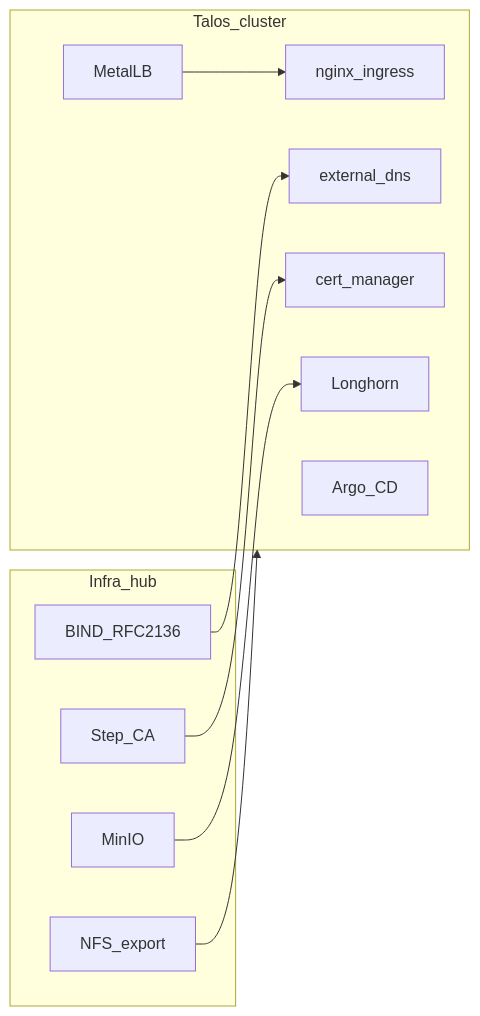
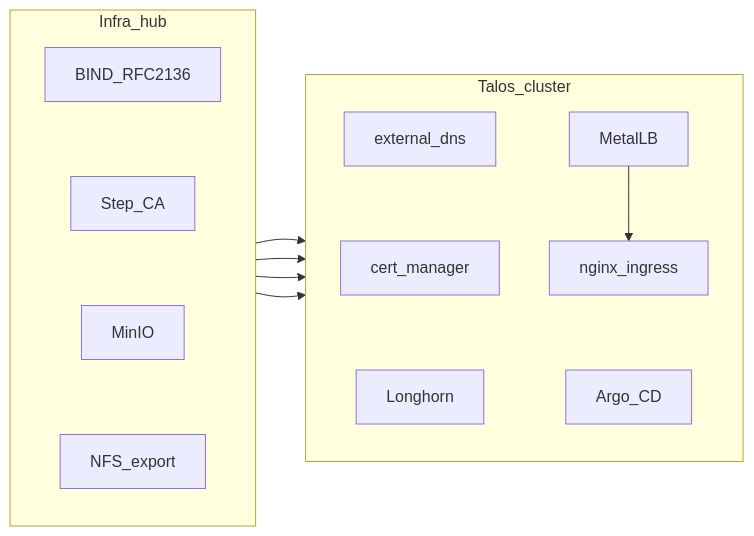
One commit to jslay88/homelab-gitops-starter changed the second of 3 diagrams in docs/architecture.md. Above: the diagram before and after it, drawn with Mermaid.

Commit message:
Put Infra_hub to the left of Talos_cluster and keep the original links.
flowchart LR plus TB inside each box so the arrows run across instead of
looping from a box stacked underneath.

````diff
--- a/docs/architecture.md
+++ b/docs/architecture.md
@@ -29,22 +29,26 @@
 ```mermaid
+%%{init: {"flowchart": {"rankDir": "LR"}}}%%
 flowchart LR
   subgraph unraid [Infra_hub]
+    direction TB
     Bind["BIND_RFC2136"]
     StepCA["Step_CA"]
     Minio["MinIO"]
     Nfs["NFS_export"]
+    Bind ~~~ StepCA ~~~ Minio ~~~ Nfs
   end
   subgraph cluster [Talos_cluster]
+    direction TB
+    Edns["external_dns"]
+    Cm["cert_manager"]
+    Lh["Longhorn"]
+    Mlb["MetalLB"] --> Ing["nginx_ingress"]
     Argo["Argo_CD"]
-    Mlb["MetalLB"]
-    Ing["nginx_ingress"]
-    Lh["Longhorn"]
-    Cm["cert_manager"]
-    Edns["external_dns"]
+    Edns ~~~ Cm ~~~ Lh
+    Ing ~~~ Argo
   end
   Bind --> Edns
   StepCA --> Cm
   Minio --> Lh
   Nfs --> cluster
-  Mlb --> Ing
 ```
````
